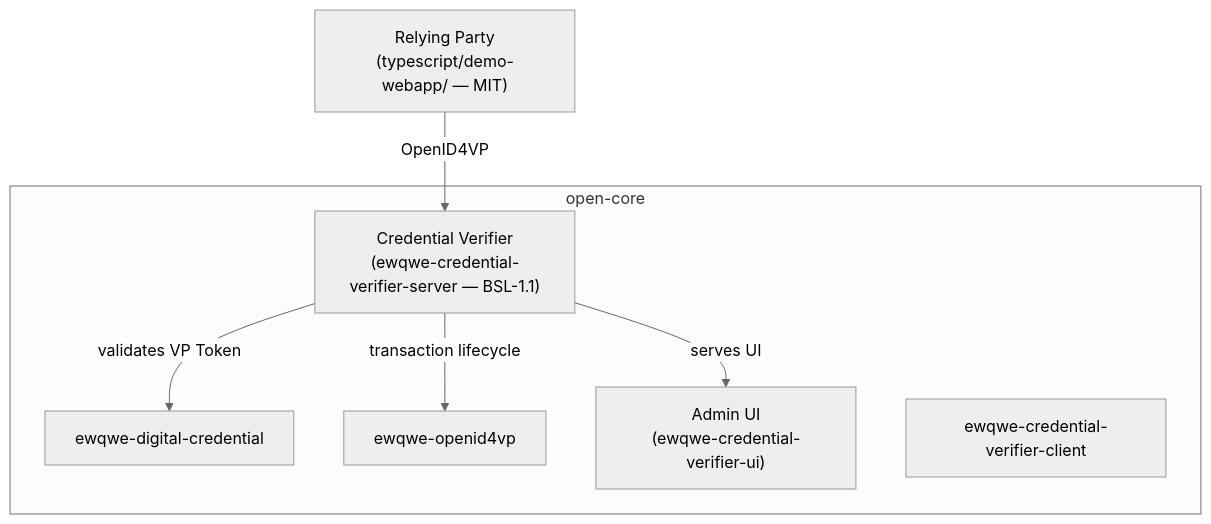
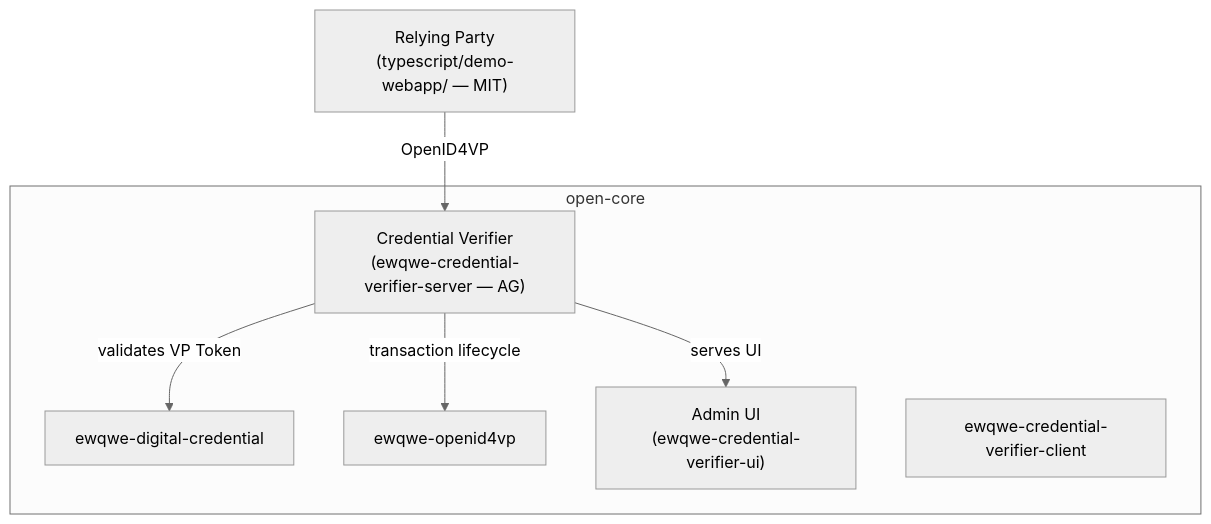
The diagram in README.md (rd-ewqwe/ewqwe-identity), drawn with Mermaid (neutral theme) before and after one commit. The commit also changed other lines of this file, not shown here.

````diff
--- a/README.md
+++ b/README.md
@@ -34,14 +34,14 @@
 ```mermaid
 graph TD
-    RP["Relying Party<br/>(typescript/demo-webapp/ — MIT)"] -->|OpenID4VP| VERIFIER["Credential Verifier<br/>(ewqwe-credential-verifier-server — BSL-1.1)"]
+    RP["Relying Party<br/>(typescript/demo-webapp/ — MIT)"] -->|OpenID4VP| VERIFIER["Credential Verifier<br/>(ewqwe-credential-verifier-server — AG)"]
     VERIFIER -->|validates VP Token| CRYPTO["ewqwe-digital-credential"]
     VERIFIER -->|transaction lifecycle| OPENID4VP["ewqwe-openid4vp"]
     VERIFIER -->|serves UI| UI["Admin UI<br/>(ewqwe-credential-verifier-ui)"]
     subgraph open-core
         CRYPTO
         OPENID4VP
         VERIFIER
         UI
         CLIENT["ewqwe-credential-verifier-client"]
     end
 ```
````
